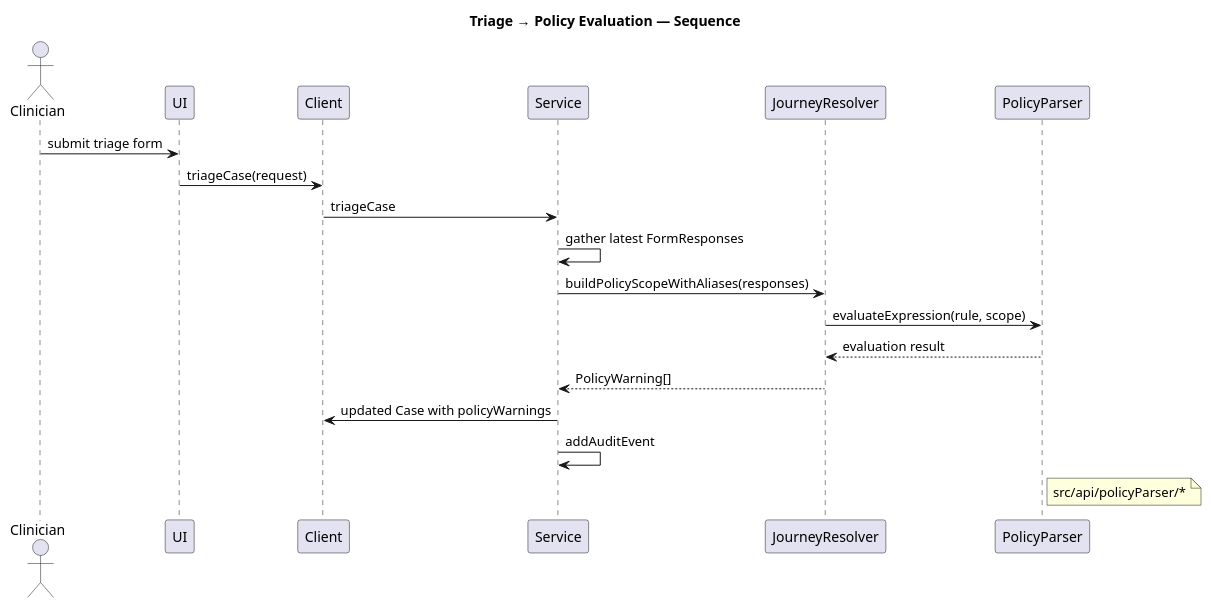
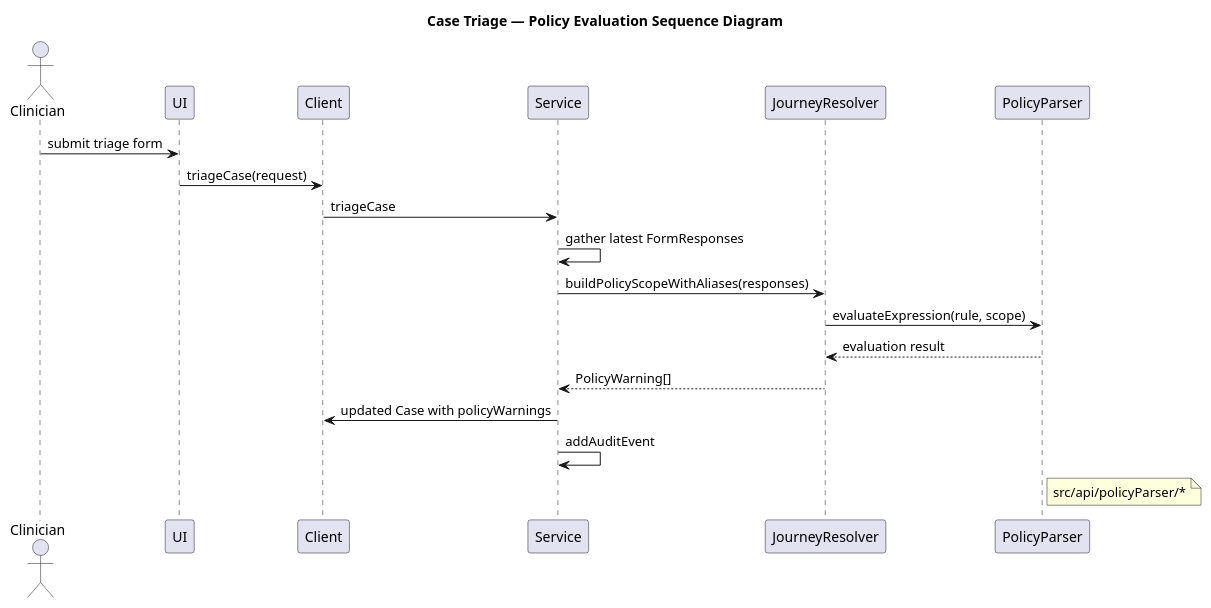
One commit to gforge/DUK changed the diagram in docs/diagrams/triage-policy-sequence.puml. Above: the diagram before and after it, drawn with PlantUML. The commit also changed 38 other files, not shown here.

```diff
--- a/docs/diagrams/triage-policy-sequence.puml
+++ b/docs/diagrams/triage-policy-sequence.puml
@@ -1,24 +1,24 @@
 @startuml
-title Triage → Policy Evaluation — Sequence
+title Case Triage — Policy Evaluation Sequence Diagram
 
 actor Clinician
 participant "UI" as UI
 participant "Client" as Client
 participant "Service" as Service
 participant "JourneyResolver" as JR
 participant "PolicyParser" as PP
 
 Clinician -> UI : submit triage form
 UI -> Client : triageCase(request)
 Client -> Service : triageCase
 Service -> Service : gather latest FormResponses
 Service -> JR : buildPolicyScopeWithAliases(responses)
 JR -> PP : evaluateExpression(rule, scope)
 PP --> JR : evaluation result
 JR --> Service : PolicyWarning[]
 Service -> Client : updated Case with policyWarnings
 Service -> Service : addAuditEvent
 
 note right of PP: src/api/policyParser/*
 
 @enduml
```
